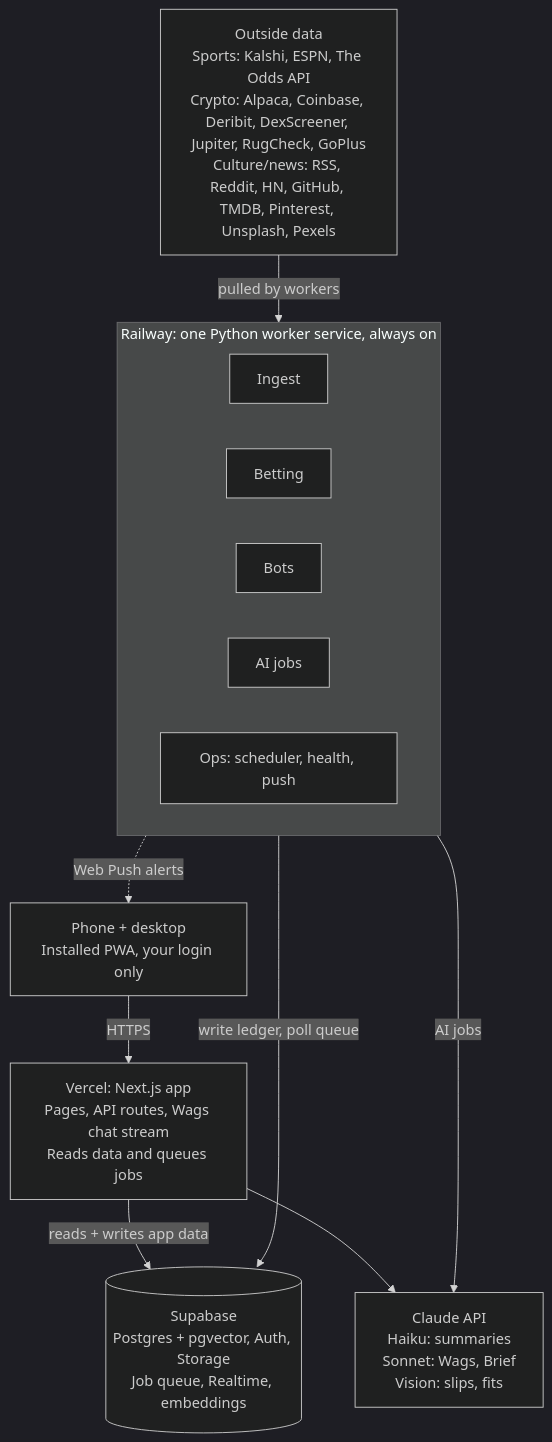
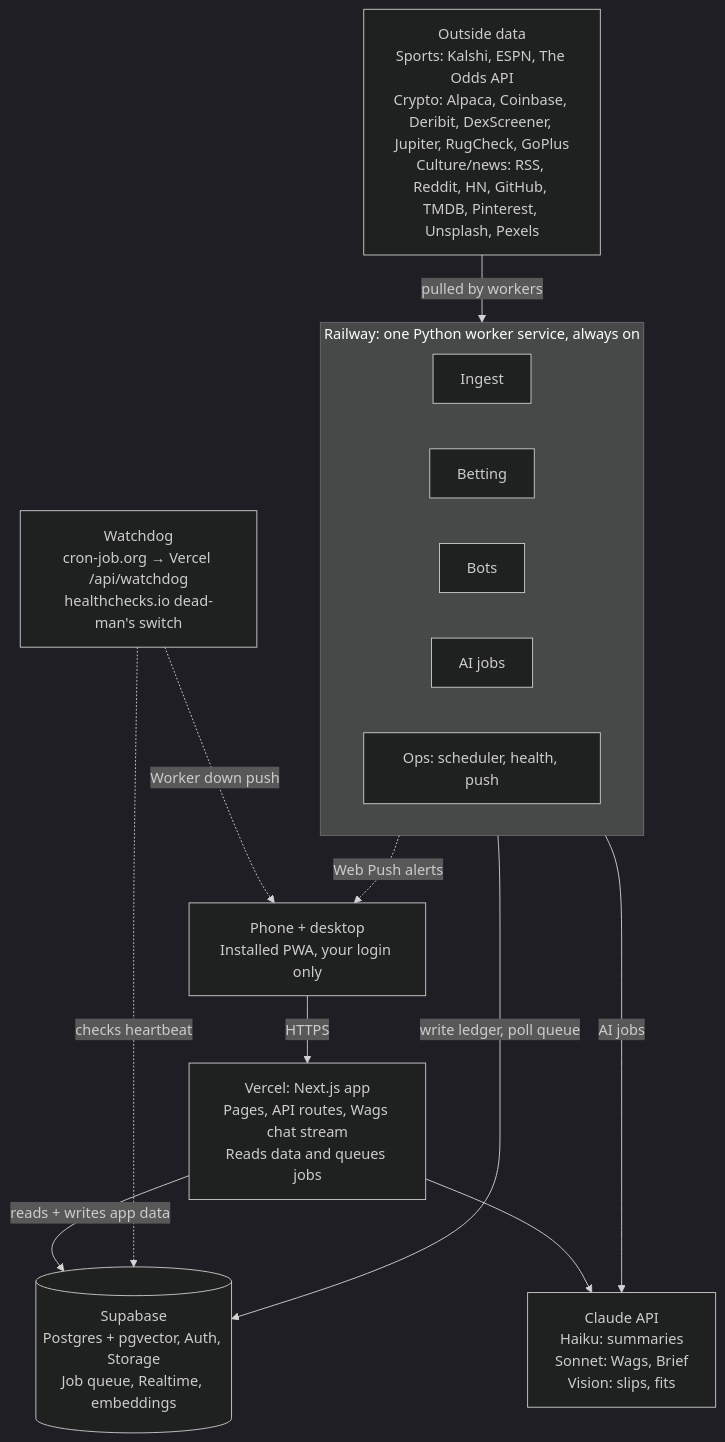
Before and after one commit to Idctsims/valemont-agents: the first of 2 diagrams in docs/MASTER_PLAN.md, drawn with Mermaid (dark theme). The commit also changed other lines of this file, not shown here.

````diff
--- a/docs/MASTER_PLAN.md
+++ b/docs/MASTER_PLAN.md
@@ -44,13 +56,15 @@
 ```mermaid
 flowchart TB
   P["Phone + desktop<br/>Installed PWA, your login only"] -->|HTTPS| V["Vercel: Next.js app<br/>Pages, API routes, Wags chat stream<br/>Reads data and queues jobs"]
   V -->|reads + writes app data| S[("Supabase<br/>Postgres + pgvector, Auth, Storage<br/>Job queue, Realtime, embeddings")]
   V --> C["Claude API<br/>Haiku: summaries<br/>Sonnet: Wags, Brief<br/>Vision: slips, fits"]
   subgraph R["Railway: one Python worker service, always on"]
     I["Ingest"]; B["Betting"]; BO["Bots"]; AI["AI jobs"]; O["Ops: scheduler, health, push"]
   end
   R -->|write ledger, poll queue| S
   R -->|AI jobs| C
   R -.->|Web Push alerts| P
   X["Outside data<br/>Sports: Kalshi, ESPN, The Odds API<br/>Crypto: Alpaca, Coinbase, Deribit, DexScreener, Jupiter, RugCheck, GoPlus<br/>Culture/news: RSS, Reddit, HN, GitHub, TMDB, Pinterest, Unsplash, Pexels"] -->|pulled by workers| R
+  W["Watchdog<br/>cron-job.org → Vercel /api/watchdog<br/>healthchecks.io dead-man's switch"] -.->|checks heartbeat| S
+  W -.->|"Worker down" push| P
 ```
````
